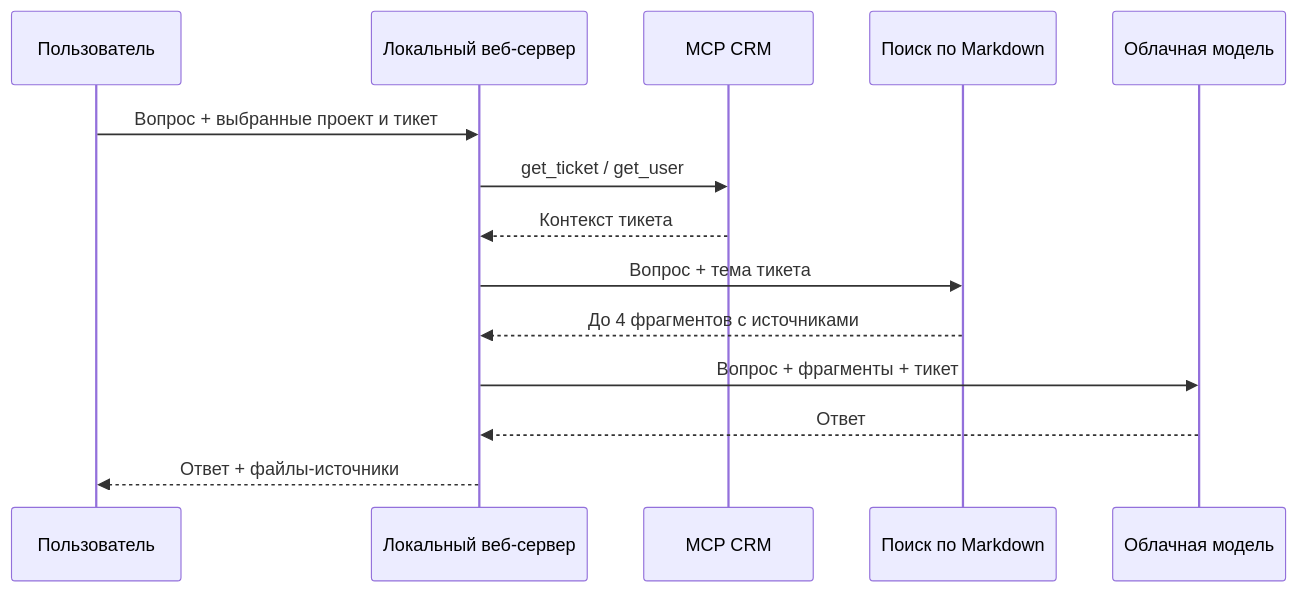
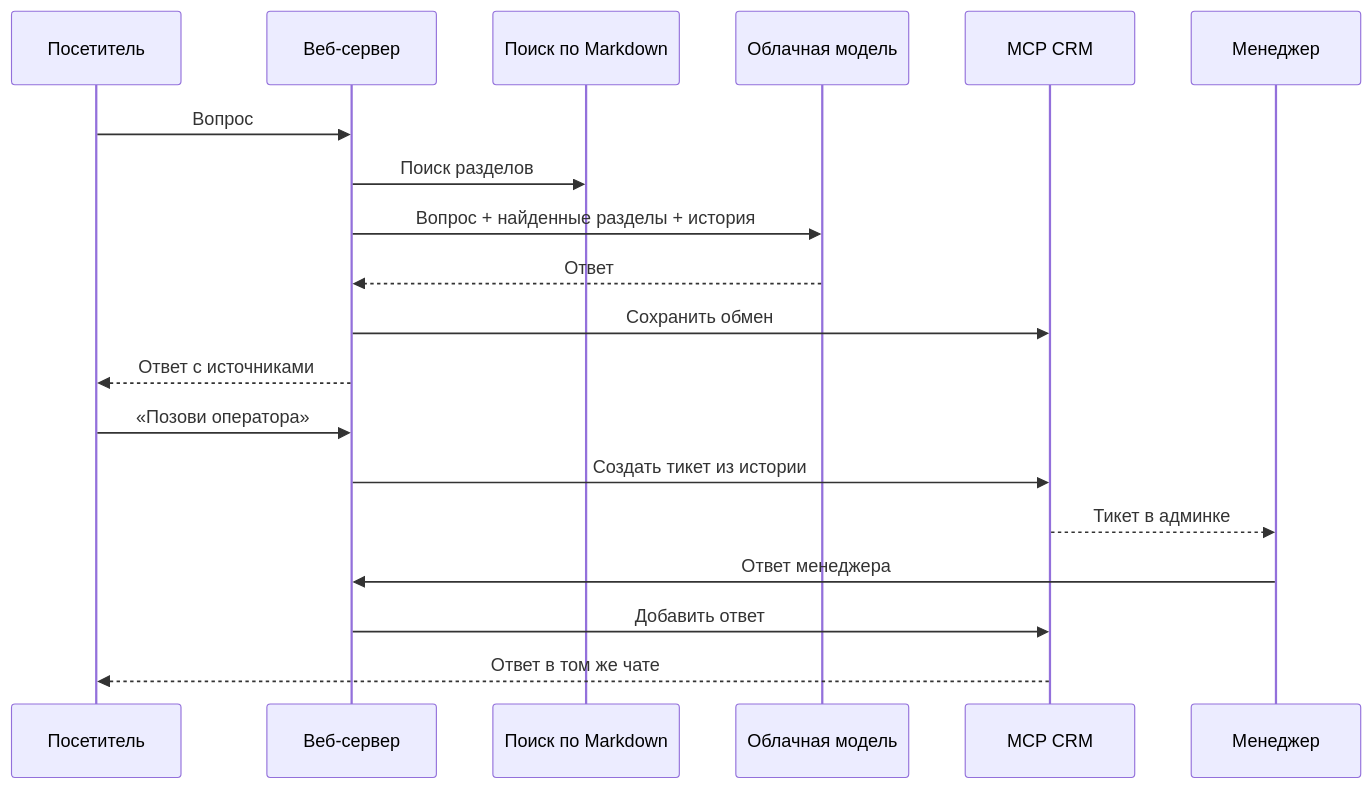
Before and after one commit to avelycure/ProjectSupportAgent: the diagram in docs/architecture.md, drawn with Mermaid. The commit also changed other lines of this file and 28 other files, not shown here.

````diff
--- a/docs/architecture.md
+++ b/docs/architecture.md
@@ -15,16 +19,21 @@
 ```mermaid
 sequenceDiagram
-  participant U as Пользователь
-  participant W as Локальный веб-сервер
-  participant M as MCP CRM
+  participant U as Посетитель
+  participant W as Веб-сервер
   participant R as Поиск по Markdown
   participant L as Облачная модель
-  U->>W: Вопрос + выбранные проект и тикет
-  W->>M: get_ticket / get_user
-  M-->>W: Контекст тикета
-  W->>R: Вопрос + тема тикета
-  R-->>W: До 4 фрагментов с источниками
-  W->>L: Вопрос + фрагменты + тикет
+  participant M as MCP CRM
+  participant A as Менеджер
+  U->>W: Вопрос
+  W->>R: Поиск разделов
+  W->>L: Вопрос + найденные разделы + история
   L-->>W: Ответ
-  W-->>U: Ответ + файлы-источники
+  W->>M: Сохранить обмен
+  W-->>U: Ответ с источниками
+  U->>W: «Позови оператора»
+  W->>M: Создать тикет из истории
+  M-->>A: Тикет в админке
+  A->>W: Ответ менеджера
+  W->>M: Добавить ответ
+  M-->>U: Ответ в том же чате
 ```
````
